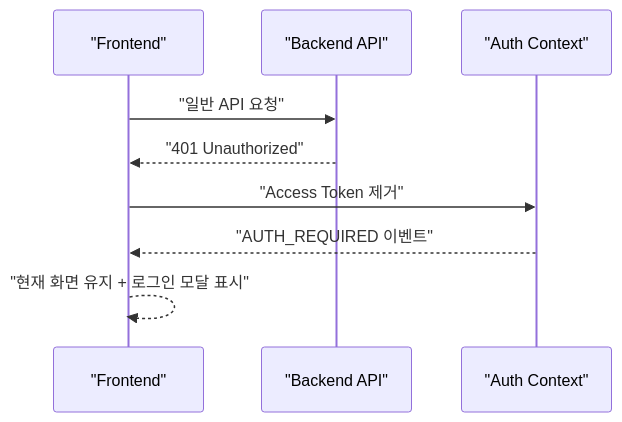
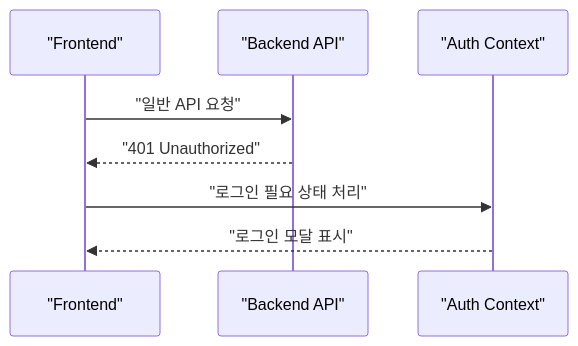
Before and after one commit to Economy0326/shopping-backend: the third of 8 diagrams in README.md, drawn with Mermaid. The commit also changed other lines of this file, not shown here.

````diff
--- a/README.md
+++ b/README.md
@@ -187,12 +178,11 @@
 ```mermaid
 sequenceDiagram
   participant FE as "Frontend"
   participant API as "Backend API"
   participant Auth as "Auth Context"
 
   FE->>API: "일반 API 요청"
   API-->>FE: "401 Unauthorized"
-  FE->>Auth: "Access Token 제거"
-  Auth-->>FE: "AUTH_REQUIRED 이벤트"
-  FE-->>FE: "현재 화면 유지 + 로그인 모달 표시"
+  FE->>Auth: "로그인 필요 상태 처리"
+  Auth-->>FE: "로그인 모달 표시"
 ```
````
